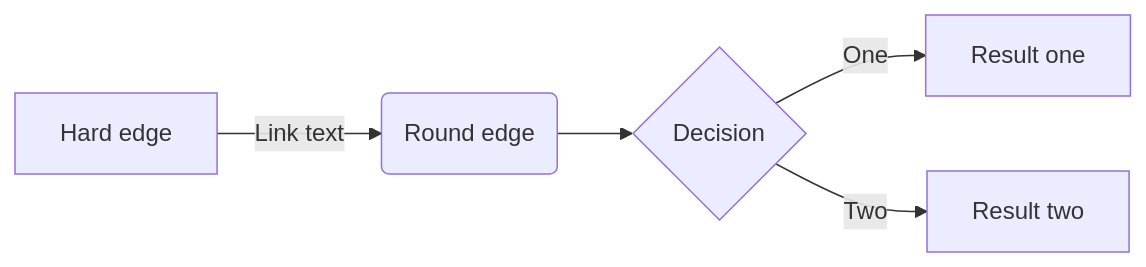
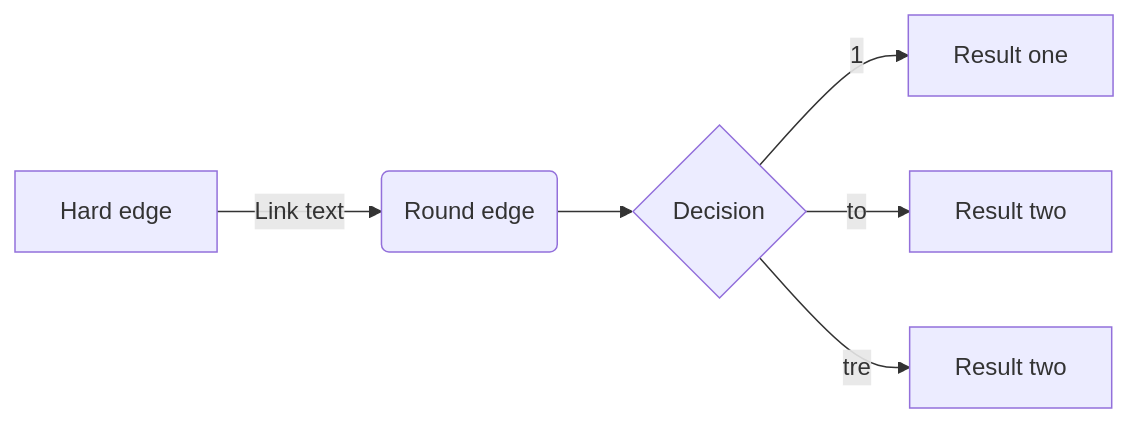
One commit to DenDanskeMine/Retype changed the diagram in index.md. Above: the diagram before and after it, drawn with Mermaid.

Commit message:
tilføjett en til gren til mermaid

````diff
--- a/index.md
+++ b/index.md
@@ -44,7 +44,8 @@
 ```mermaid
 graph LR
     A[Hard edge] -->|Link text| B(Round edge)
     B --> C{Decision}
-    C -->|One| D[Result one]
-    C -->|Two| E[Result two]
+    C -->|1| D[Result one]
+    C -->|to| E[Result two]
+    C -->|tre| F[Result two]
 ```
````
